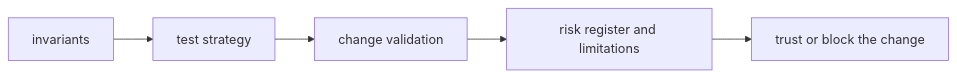
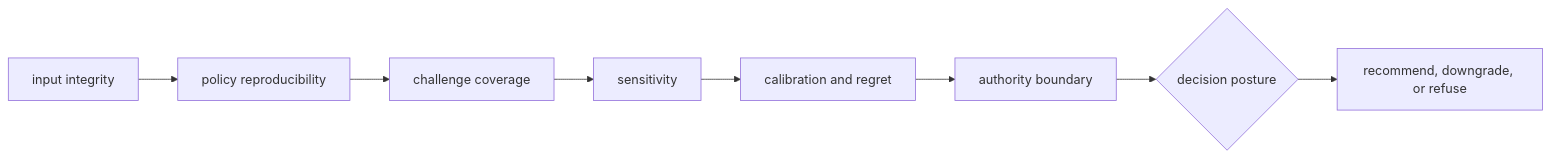
The diagram in docs/05-bijux-proteomics-intelligence/quality/index.md (bijux/bijux-proteomics), drawn with Mermaid before and after one commit. The commit also changed other lines of this file and 3 other files, not shown here.

````diff
--- a/docs/05-bijux-proteomics-intelligence/quality/index.md
+++ b/docs/05-bijux-proteomics-intelligence/quality/index.md
@@ -16,10 +17,10 @@
 ```mermaid
 flowchart LR
-    invariants["invariants"]
-    tests["test strategy"]
-    validation["change validation"]
-    risks["risk register and limitations"]
-    decision["trust or block the change"]
-
-    invariants --> tests --> validation --> risks --> decision
+    I["input integrity"] --> P["policy reproducibility"]
+    P --> C["challenge coverage"]
+    C --> S["sensitivity"]
+    S --> A["calibration and regret"]
+    A --> B["authority boundary"]
+    B --> D{"decision posture"}
+    D --> R["recommend, downgrade, or refuse"]
 ```
````
